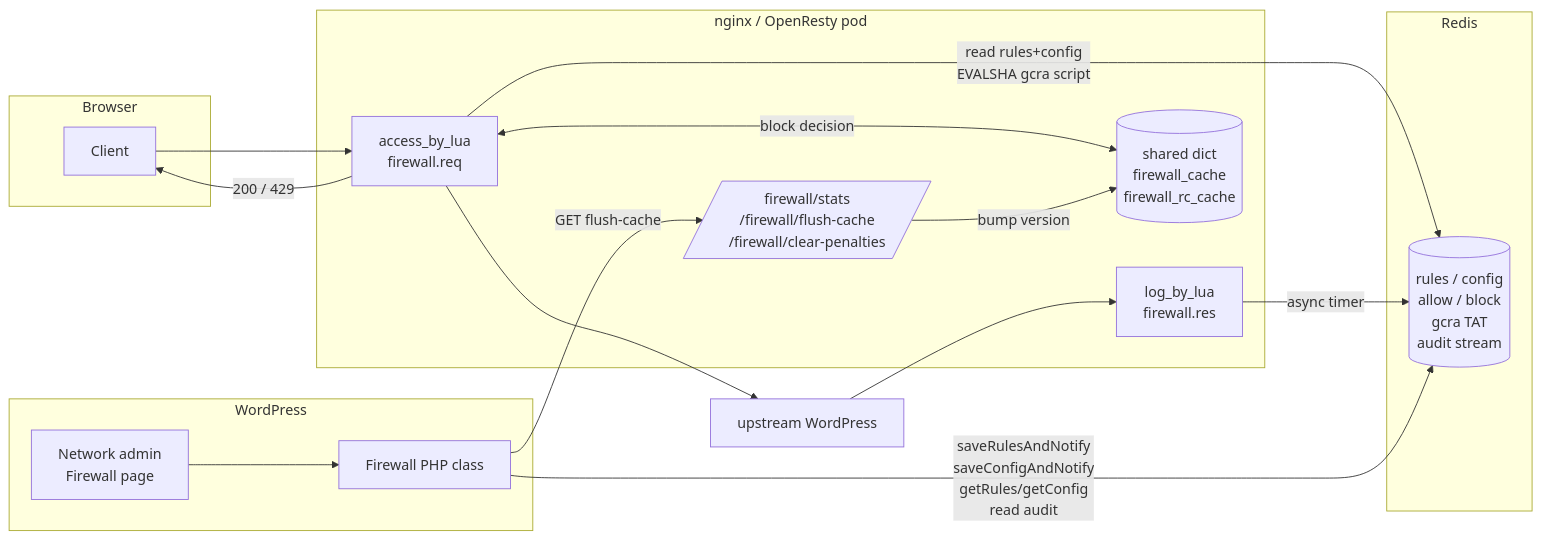
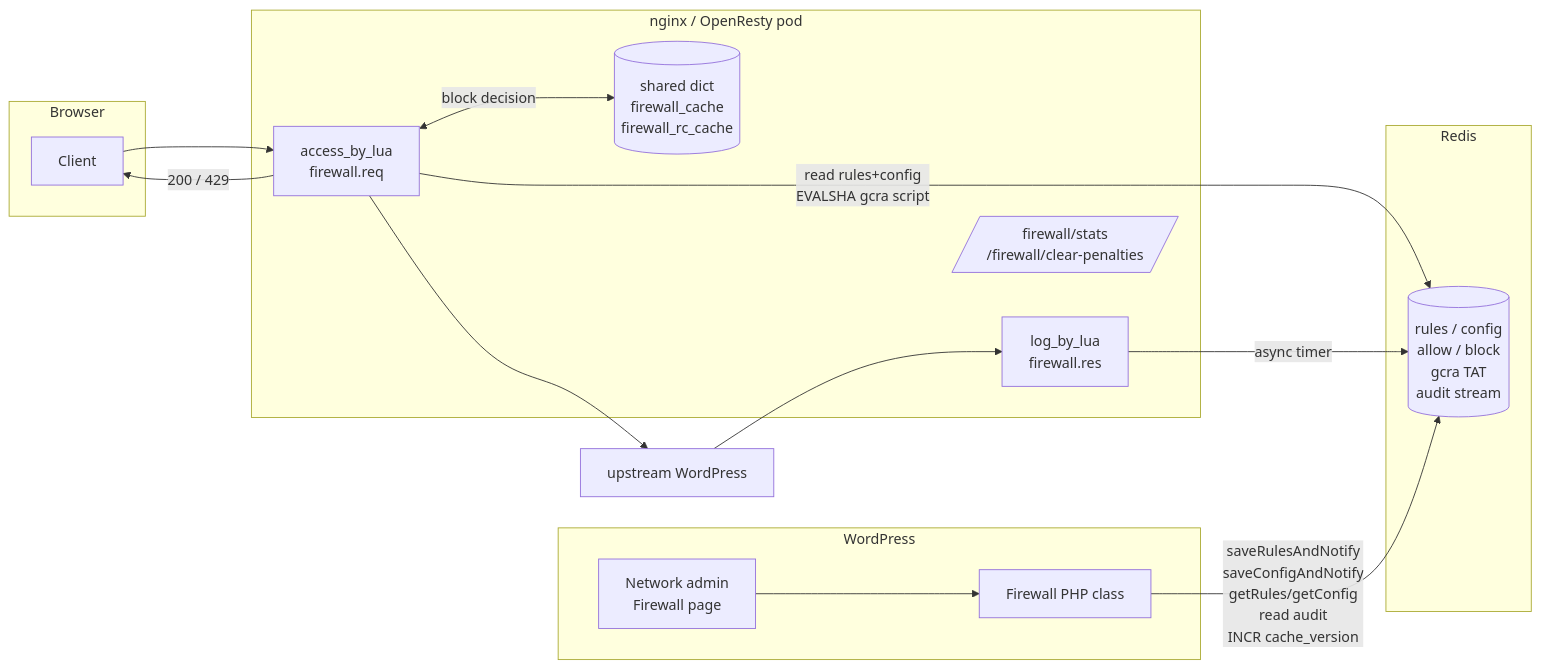
Before and after one commit to ministryofjustice/hale-platform: the first of 4 diagrams in opt/lua/README.md, drawn with Mermaid. The commit also changed other lines of this file and 7 other files, not shown here.

````diff
--- a/opt/lua/README.md
+++ b/opt/lua/README.md
@@ -133,34 +138,32 @@
 ```mermaid
 flowchart LR
     subgraph Browser
       C[Client]
     end
 
     subgraph nginx["nginx / OpenResty pod"]
       A[access_by_lua<br/>firewall.req]
       L[log_by_lua<br/>firewall.res]
       D[(shared dict<br/>firewall_cache<br/>firewall_rc_cache)]
-      ADMIN[/firewall/stats<br/>/firewall/flush-cache<br/>/firewall/clear-penalties/]
+      ADMIN[/firewall/stats<br/>/firewall/clear-penalties/]
     end
 
     subgraph Redis
       R[(rules / config<br/>allow / block<br/>gcra TAT<br/>audit stream)]
     end
 
     subgraph WordPress
       WP[Network admin<br/>Firewall page]
       PHP[Firewall PHP class]
     end
 
     C --> A
     A -- read rules+config<br/>EVALSHA gcra script --> R
     A <-- block decision --> D
     A -- 200 / 429 --> C
     A --> WPB[upstream WordPress] --> L
     L -- async timer --> R
 
     WP --> PHP
-    PHP -- saveRulesAndNotify<br/>saveConfigAndNotify<br/>getRules/getConfig<br/>read audit --> R
-    PHP -- GET flush-cache --> ADMIN
-    ADMIN -- bump version --> D
+    PHP -- saveRulesAndNotify<br/>saveConfigAndNotify<br/>getRules/getConfig<br/>read audit<br/>INCR cache_version --> R
 ```
````
